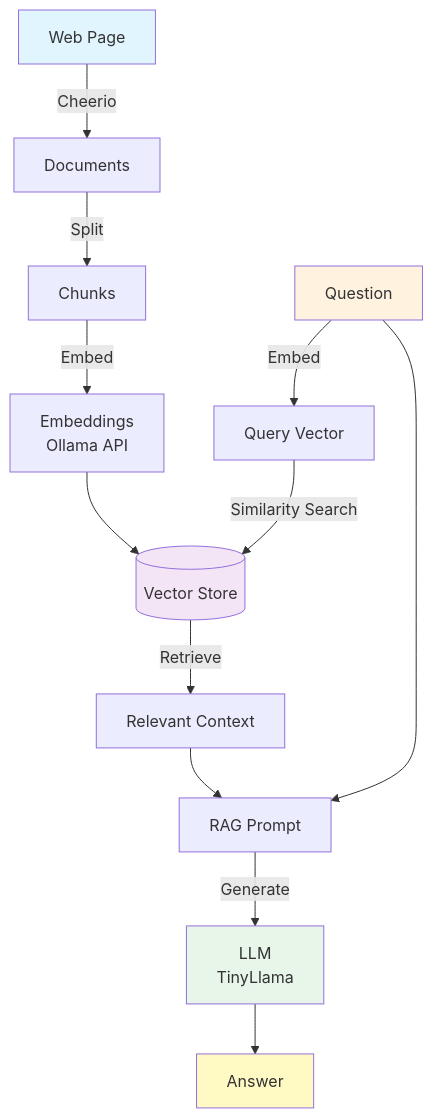
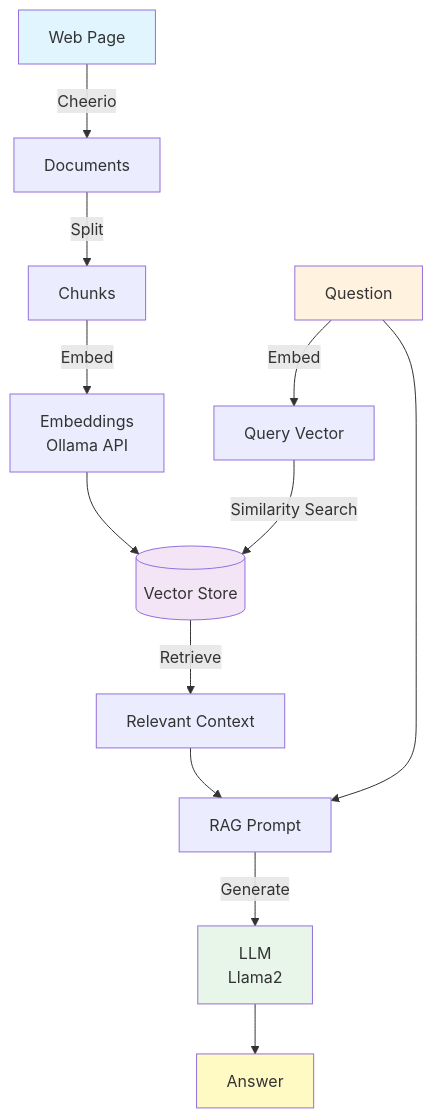
One commit to roypr-ma/rag-demo changed the diagram in README.md. Above: the diagram before and after it, drawn with Mermaid. The commit also changed other lines of this file and 2 other files, not shown here.

````diff
--- a/README.md
+++ b/README.md
@@ -120,22 +140,22 @@
 ```mermaid
 graph TD
     A[Web Page] -->|Cheerio| B[Documents]
     B -->|Split| C[Chunks]
     C -->|Embed| D[Embeddings<br/>Ollama API]
     D --> E[(Vector Store)]
     
     F[Question] -->|Embed| G[Query Vector]
     G -->|Similarity Search| E
     E -->|Retrieve| H[Relevant Context]
     
     H --> I[RAG Prompt]
     F --> I
-    I -->|Generate| J[LLM<br/>TinyLlama]
+    I -->|Generate| J[LLM<br/>Llama2]
     J --> K[Answer]
     
     style A fill:#e1f5ff
     style F fill:#fff3e0
     style E fill:#f3e5f5
     style J fill:#e8f5e9
     style K fill:#fff9c4
 ```
````
